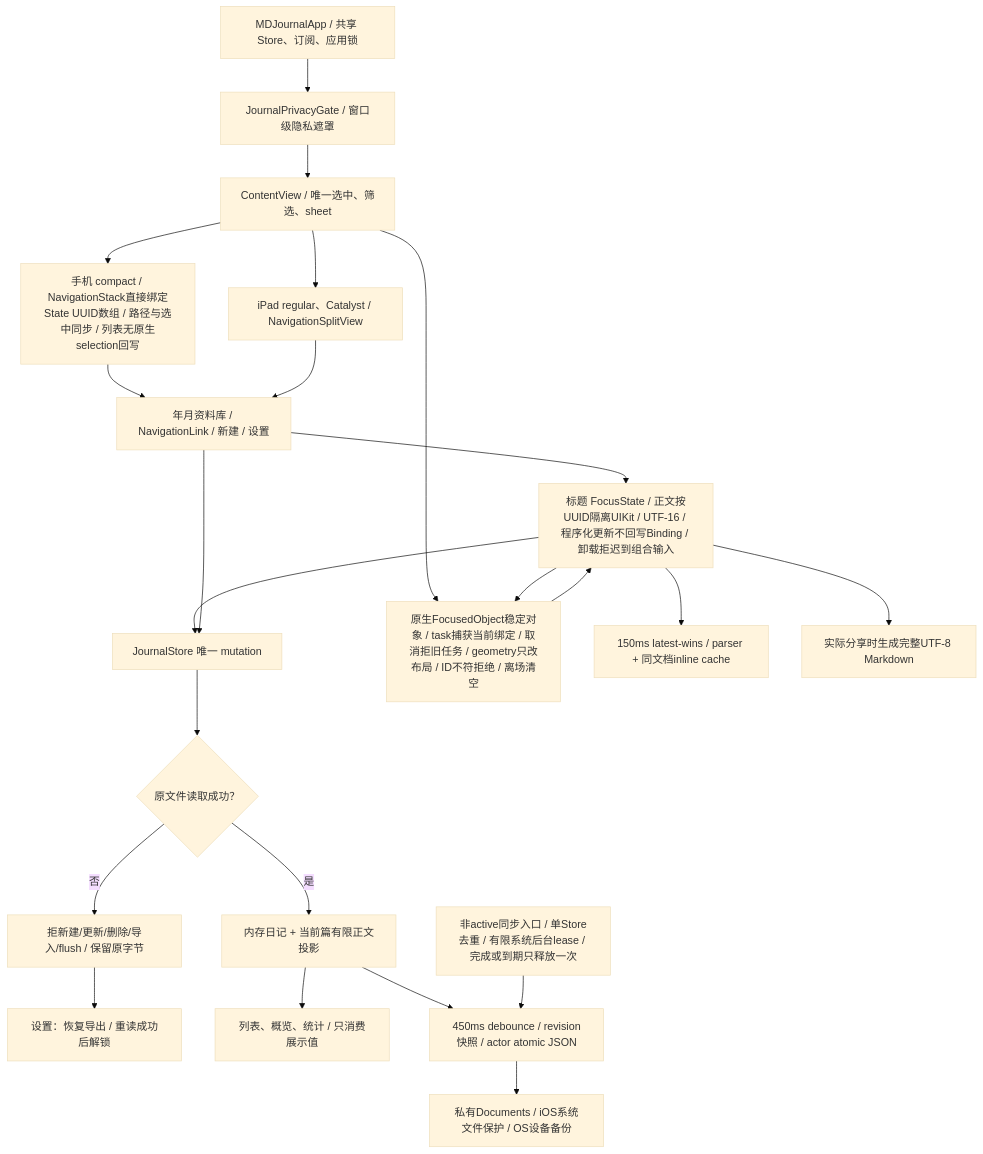
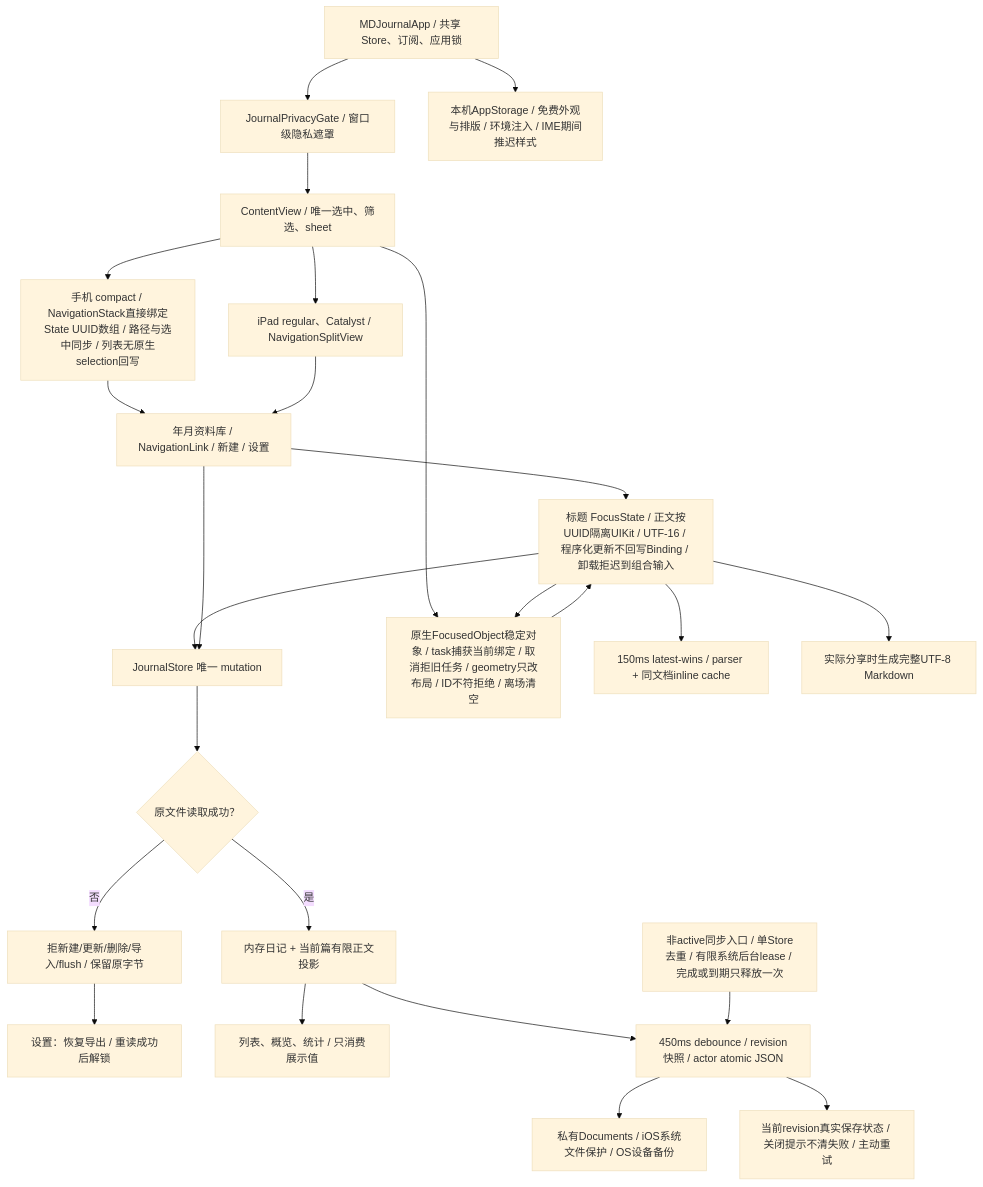
One commit to Altman-sam114/117 changed the first of 4 diagrams in md/flow/flowchart.md. Above: the diagram before and after it, drawn with Mermaid (base theme). The commit also changed other lines of this file and 30 other files, not shown here.

````diff
--- a/md/flow/flowchart.md
+++ b/md/flow/flowchart.md
@@ -5,25 +5,27 @@
 ```mermaid
 flowchart TD
   App["MDJournalApp / 共享 Store、订阅、应用锁"] --> Gate["JournalPrivacyGate / 窗口级隐私遮罩"]
+  App --> Preferences["本机AppStorage / 免费外观与排版 / 环境注入 / IME期间推迟样式"]
   Gate --> Content["ContentView / 唯一选中、筛选、sheet"]
   Content --> Compact["手机 compact / NavigationStack直接绑定State UUID数组 / 路径与选中同步 / 列表无原生selection回写"]
   Content --> Regular["iPad regular、Catalyst / NavigationSplitView"]
   Compact --> Library["年月资料库 / NavigationLink / 新建 / 设置"]
   Regular --> Library
   Library --> Editor["标题 FocusState / 正文按UUID隔离UIKit / UTF-16 / 程序化更新不回写Binding / 卸载拒迟到组合输入"]
   Editor --> Mutation["JournalStore 唯一 mutation"]
   Library --> Mutation
   Mutation --> Health{"原文件读取成功？"}
   Health -- "否" --> Protect["拒新建/更新/删除/导入/flush / 保留原字节"]
   Protect --> Recovery["设置：恢复导出 / 重读成功后解锁"]
   Health -- "是" --> State["内存日记 + 当前篇有限正文投影"]
   State --> ListStats["列表、概览、统计 / 只消费展示值"]
   State --> Save["450ms debounce / revision快照 / actor atomic JSON"]
   Save --> File["私有Documents / iOS系统文件保护 / OS设备备份"]
+  Save --> SaveStatus["当前revision真实保存状态 / 关闭提示不清失败 / 主动重试"]
   BackgroundSave["非active同步入口 / 单Store去重 / 有限系统后台lease / 完成或到期只释放一次"] --> Save
   Content --> Commands["原生FocusedObject稳定对象 / task捕获当前绑定 / 取消拒旧任务 / geometry只改布局 / ID不符拒绝 / 离场清空"]
   Editor --> Commands
   Commands --> Editor
   Editor --> Preview["150ms latest-wins / parser + 同文档inline cache"]
   Editor --> Share["实际分享时生成完整UTF-8 Markdown"]
 ```
````
